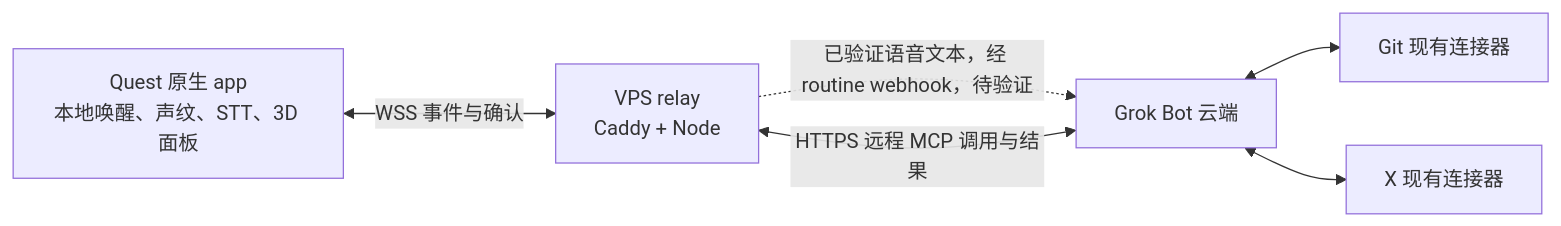
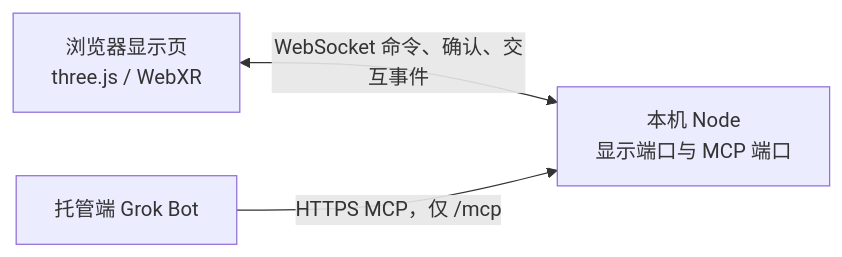
One commit to 2mauis/quest-vr-assistant changed the diagram in docs/01-architecture.md. Above: the diagram before and after it, drawn with Mermaid. The commit also changed other lines of this file and 44 other files, not shown here.

First line of the commit message:
feat: run the local MCP relay and web display

````diff
--- a/docs/01-architecture.md
+++ b/docs/01-architecture.md
@@ -9,13 +9,8 @@
 ```mermaid
 flowchart LR
-    Q[Quest 原生 app<br/>本地唤醒、声纹、STT、3D 面板]
-    V[VPS relay<br/>Caddy + Node]
-    B[Grok Bot 云端]
-    G[Git 现有连接器]
-    X[X 现有连接器]
-    Q <-->|WSS 事件与确认| V
-    B <-->|HTTPS 远程 MCP 调用与结果| V
-    V -.->|已验证语音文本，经 routine webhook，待验证| B
-    B <--> G
-    B <--> X
+    D[浏览器显示页<br/>three.js / WebXR]
+    N[本机 Node<br/>显示端口与 MCP 端口]
+    B[托管端 Grok Bot]
+    D <-->|WebSocket 命令、确认、交互事件| N
+    B -->|HTTPS MCP，仅 /mcp| N
 ```
````
